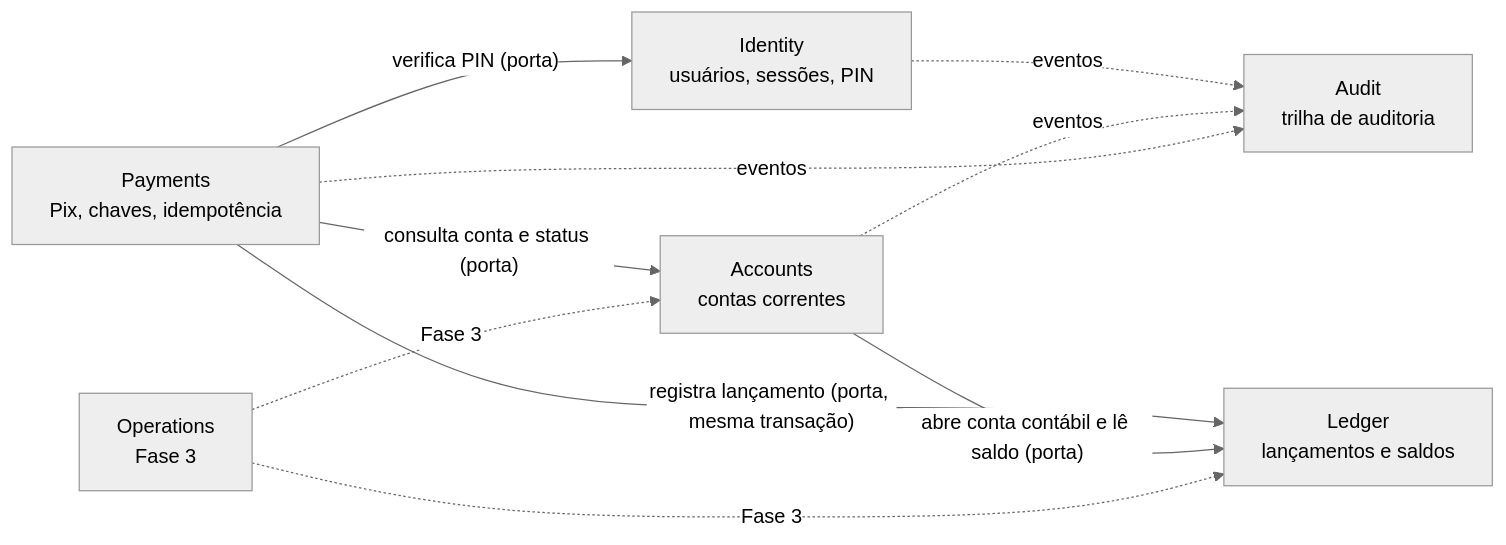
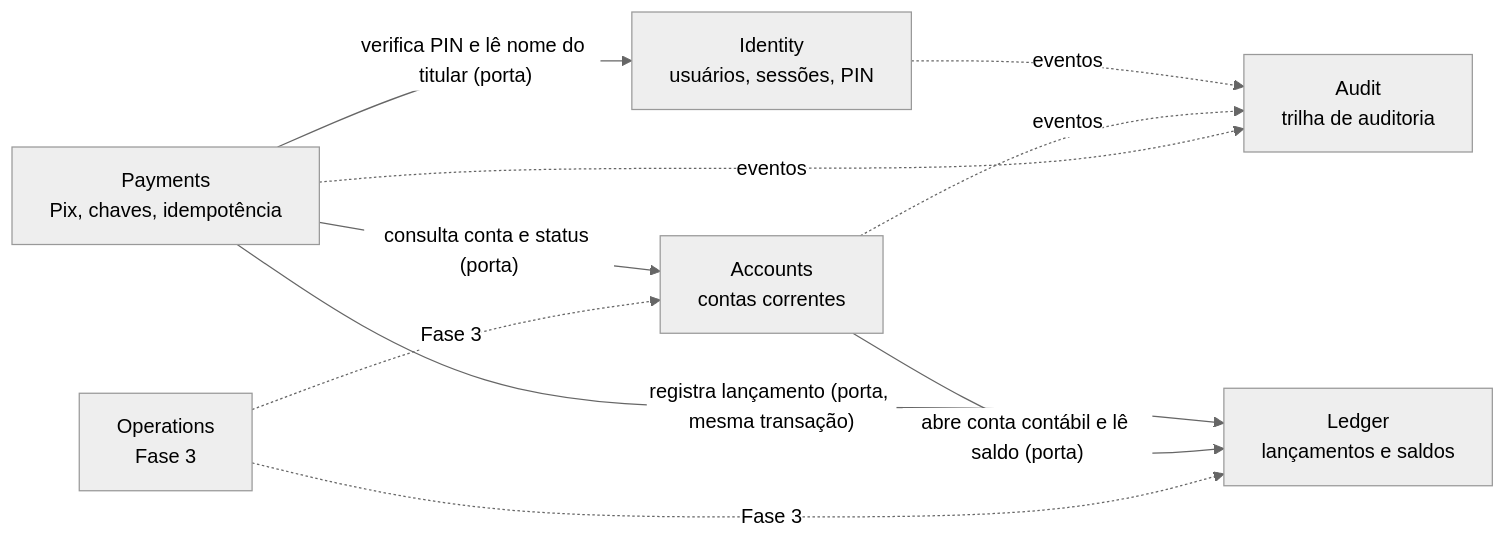
One commit to renatomf/next-bank changed the first of 3 diagrams in docs/architecture/domain-model.md. Above: the diagram before and after it, drawn with Mermaid (neutral theme). The commit also changed other lines of this file and 2 other files, not shown here.

````diff
--- a/docs/architecture/domain-model.md
+++ b/docs/architecture/domain-model.md
@@ -26,19 +26,19 @@
 ```mermaid
 flowchart LR
     ID[Identity<br/>usuários, sessões, PIN]
     AC[Accounts<br/>contas correntes]
     LE[Ledger<br/>lançamentos e saldos]
     PA[Payments<br/>Pix, chaves, idempotência]
     AU[Audit<br/>trilha de auditoria]
     OP[Operations<br/>Fase 3]
 
-    PA -- "verifica PIN (porta)" --> ID
+    PA -- "verifica PIN e lê nome do titular (porta)" --> ID
     PA -- "consulta conta e status (porta)" --> AC
     PA -- "registra lançamento (porta, mesma transação)" --> LE
     AC -- "abre conta contábil e lê saldo (porta)" --> LE
     ID -. eventos .-> AU
     AC -. eventos .-> AU
     PA -. eventos .-> AU
     OP -. Fase 3 .-> AC
     OP -. Fase 3 .-> LE
 ```
````
